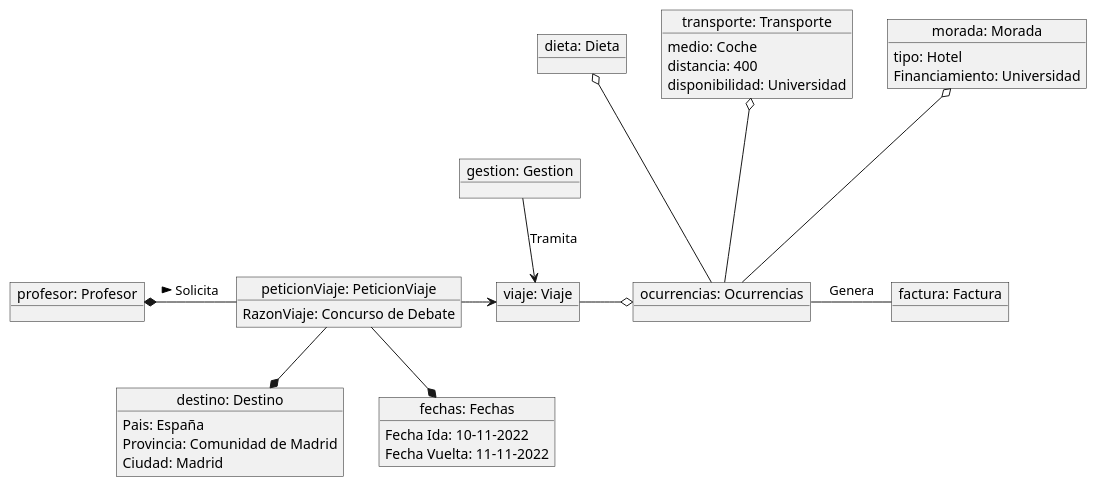
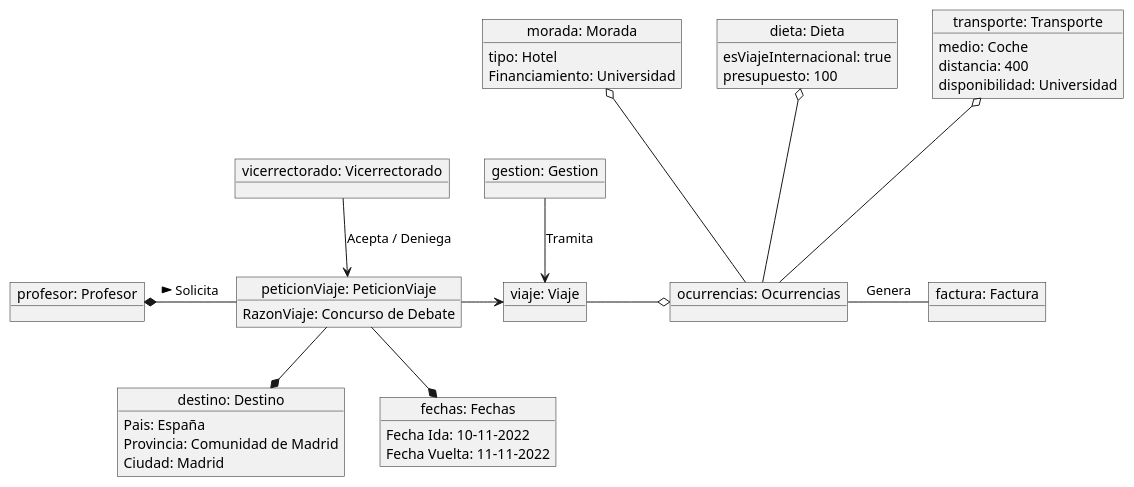
Before and after one commit to mmasias/IdSw1-22-23: the diagram in actividades/ProyectoRequisitado/DiagramasDominio/codigosDominio/diagramaObjetos.md, drawn with PlantUML. The commit also changed other lines of this file, not shown here.

```diff
--- a/actividades/ProyectoRequisitado/DiagramasDominio/codigosDominio/diagramaObjetos.md
+++ b/actividades/ProyectoRequisitado/DiagramasDominio/codigosDominio/diagramaObjetos.md
@@ -1,46 +1,52 @@
 @startuml
 object "viaje: Viaje" as viaje {
 }
 object "ocurrencias: Ocurrencias" as ocurrencias{
 }
 object "factura: Factura" as factura{
 }
 object "dieta: Dieta" as dieta{
+	esViajeInternacional: true
+	presupuesto: 100
 }
 object "transporte: Transporte" as transporte{
 	medio: Coche
 	distancia: 400
 	disponibilidad: Universidad
 }
 object "morada: Morada" as morada{
 	tipo: Hotel
 	Financiamiento: Universidad
 }
 object "gestion: Gestion" as gestion{
 }
 object "peticionViaje: PeticionViaje" as peticionViaje{
         RazonViaje: Concurso de Debate
 }
 object "destino: Destino" as destino{
         Pais: España
         Provincia: Comunidad de Madrid
         Ciudad: Madrid    
 }
 object "fechas: Fechas" as fechas{
         Fecha Ida: 10-11-2022
         Fecha Vuelta: 11-11-2022
 }
 object "profesor: Profesor" as profesor{
 
 }
+object "vicerrectorado: Vicerrectorado" as vicerrectorado{
+
+}
+vicerrectorado --> peticionViaje : Acepta / Deniega
 viaje -o ocurrencias
 ocurrencias - factura : Genera
 dieta o--- ocurrencias
 transporte o--- ocurrencias
 morada o--- ocurrencias
 gestion --> viaje : Tramita
 peticionViaje -> viaje
 peticionViaje --* destino
 peticionViaje --* fechas
 profesor *- peticionViaje : Solicita >
 @enduml
```
